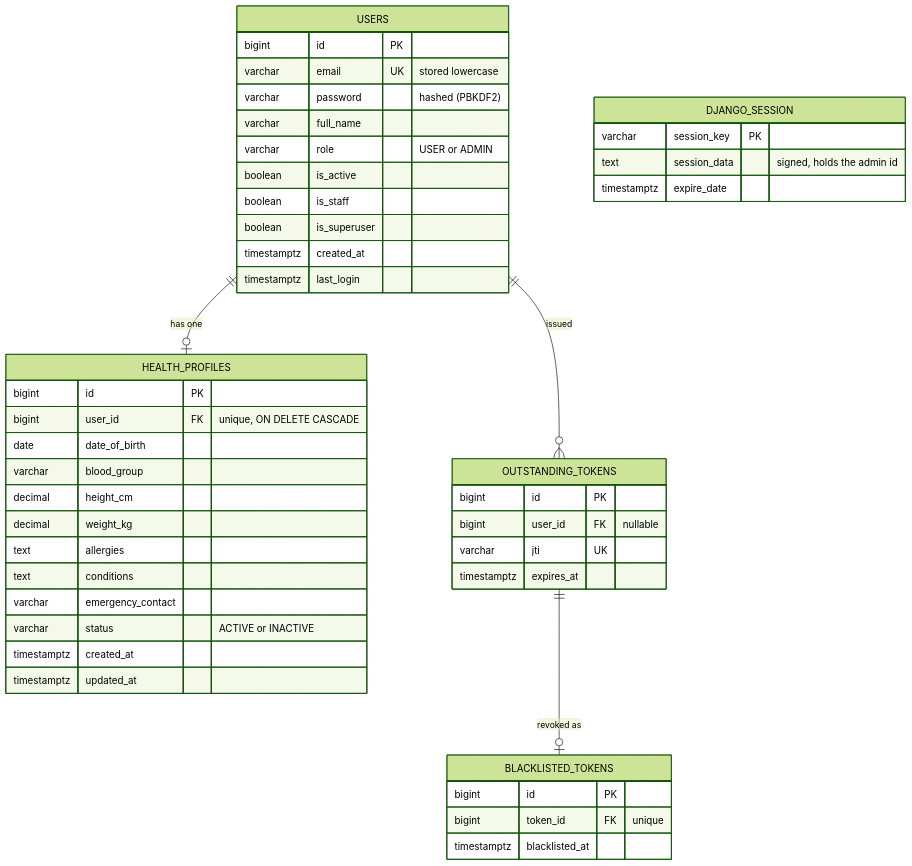
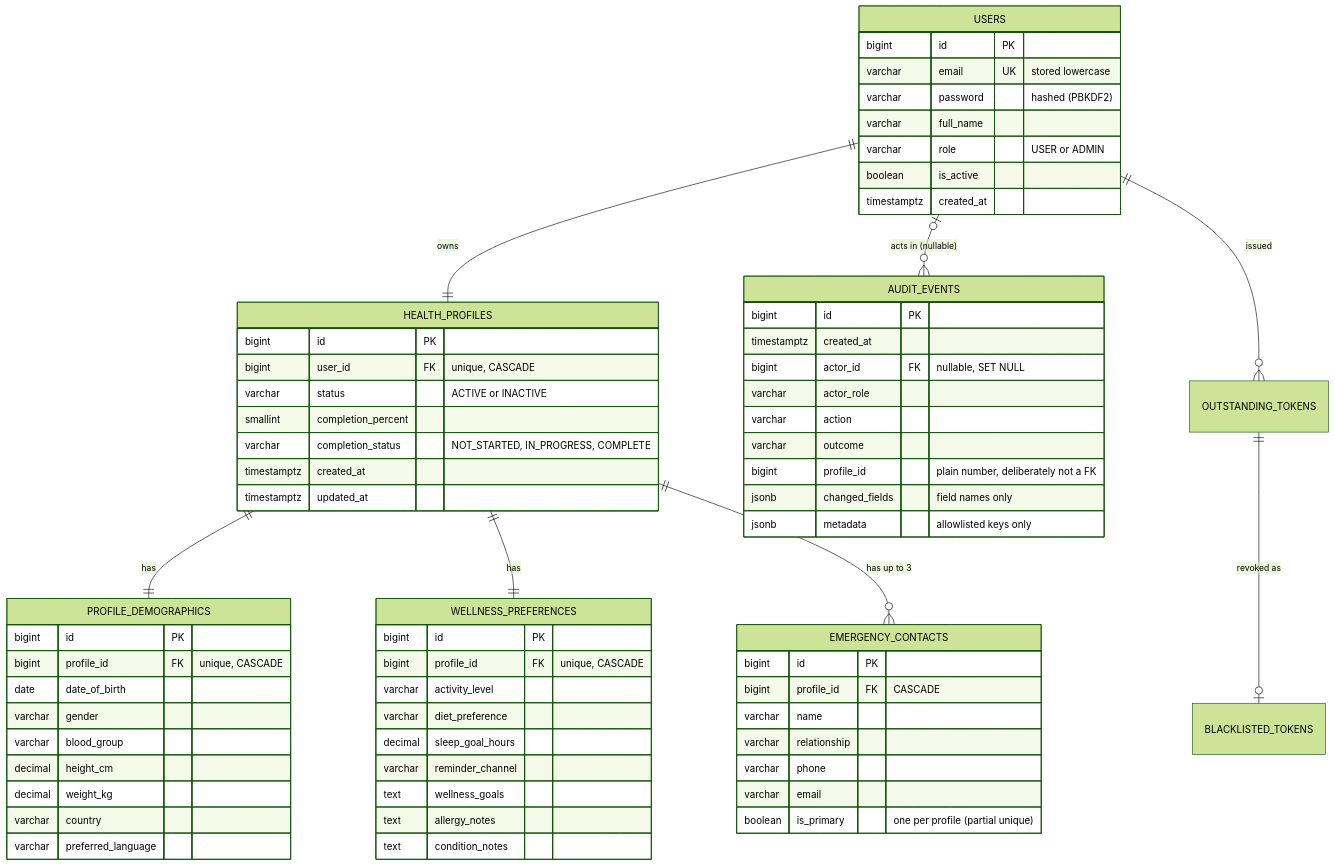
Before and after one commit to rabbiabatool/healthtech-profile-builder: the second of 2 diagrams in README.md, drawn with Mermaid (forest theme). The commit also changed other lines of this file, not shown here.

````diff
--- a/README.md
+++ b/README.md
@@ -55,49 +64,71 @@
 ```mermaid
 erDiagram
-    USERS ||--o| HEALTH_PROFILES : "has one"
+    USERS ||--|| HEALTH_PROFILES : "owns"
+    HEALTH_PROFILES ||--|| PROFILE_DEMOGRAPHICS : "has"
+    HEALTH_PROFILES ||--|| WELLNESS_PREFERENCES : "has"
+    HEALTH_PROFILES ||--o{ EMERGENCY_CONTACTS : "has up to 3"
+    USERS |o--o{ AUDIT_EVENTS : "acts in (nullable)"
     USERS ||--o{ OUTSTANDING_TOKENS : "issued"
     OUTSTANDING_TOKENS ||--o| BLACKLISTED_TOKENS : "revoked as"
 
     USERS {
         bigint id PK
         varchar email UK "stored lowercase"
         varchar password "hashed (PBKDF2)"
         varchar full_name
         varchar role "USER or ADMIN"
         boolean is_active
-        boolean is_staff
-        boolean is_superuser
         timestamptz created_at
-        timestamptz last_login
     }
     HEALTH_PROFILES {
         bigint id PK
-        bigint user_id FK "unique, ON DELETE CASCADE"
+        bigint user_id FK "unique, CASCADE"
+        varchar status "ACTIVE or INACTIVE"
+        smallint completion_percent
+        varchar completion_status "NOT_STARTED, IN_PROGRESS, COMPLETE"
+        timestamptz created_at
+        timestamptz updated_at
+    }
+    PROFILE_DEMOGRAPHICS {
+        bigint id PK
+        bigint profile_id FK "unique, CASCADE"
         date date_of_birth
+        varchar gender
         varchar blood_group
         decimal height_cm
         decimal weight_kg
-        text allergies
-        text conditions
-        varchar emergency_contact
-        varchar status "ACTIVE or INACTIVE"
+        varchar country
+        varchar preferred_language
+    }
+    EMERGENCY_CONTACTS {
+        bigint id PK
+        bigint profile_id FK "CASCADE"
+        varchar name
+        varchar relationship
+        varchar phone
+        varchar email
+        boolean is_primary "one per profile (partial unique)"
+    }
+    WELLNESS_PREFERENCES {
+        bigint id PK
+        bigint profile_id FK "unique, CASCADE"
+        varchar activity_level
+        varchar diet_preference
+        decimal sleep_goal_hours
+        varchar reminder_channel
+        text wellness_goals
+        text allergy_notes
+        text condition_notes
+    }
+    AUDIT_EVENTS {
+        bigint id PK
         timestamptz created_at
-        timestamptz updated_at
-    }
-    OUTSTANDING_TOKENS {
-        bigint id PK
-        bigint user_id FK "nullable"
-        varchar jti UK
-        timestamptz expires_at
-    }
-    BLACKLISTED_TOKENS {
-        bigint id PK
-        bigint token_id FK "unique"
-        timestamptz blacklisted_at
-    }
-    DJANGO_SESSION {
-        varchar session_key PK
-        text session_data "signed, holds the admin id"
-        timestamptz expire_date
+        bigint actor_id FK "nullable, SET NULL"
+        varchar actor_role
+        varchar action
+        varchar outcome
+        bigint profile_id "plain number, deliberately not a FK"
+        jsonb changed_fields "field names only"
+        jsonb metadata "allowlisted keys only"
     }
 ```
````
